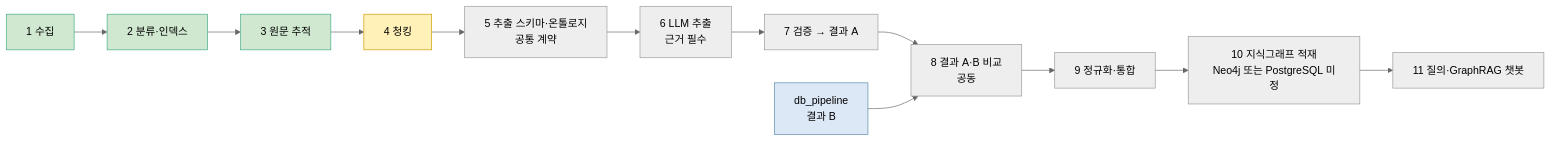
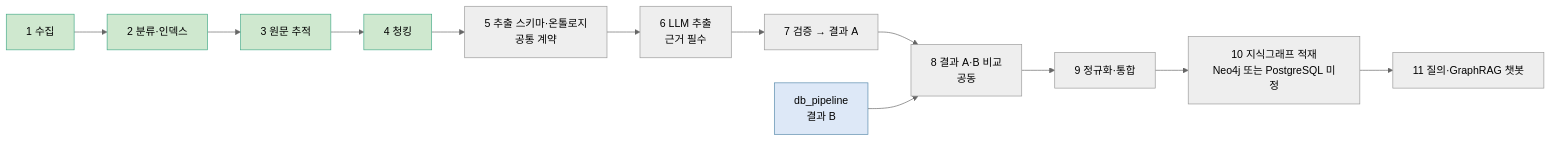
Before and after one commit to encore-ai-campus/mle-02-p2-team3: the second of 3 diagrams in docs/프로젝트-지도.md, drawn with Mermaid (neutral theme). The commit also changed other lines of this file and 9 other files, not shown here.

````diff
--- a/docs/프로젝트-지도.md
+++ b/docs/프로젝트-지도.md
@@ -29,19 +29,18 @@
 ```mermaid
 flowchart LR
     A[1 수집] --> B[2 분류·인덱스] --> C[3 원문 추적] --> D[4 청킹]
     D --> O[5 추출 스키마·온톨로지<br/>공통 계약]
     O --> E[6 LLM 추출<br/>근거 필수]
     E --> F[7 검증 → 결과 A]
     F --> CMP[8 결과 A·B 비교<br/>공동]
     DBP[db_pipeline<br/>결과 B]:::other --> CMP
     CMP --> N[9 정규화·통합]
     N --> KG[10 지식그래프 적재<br/>Neo4j 또는 PostgreSQL 미정]
     KG --> Q[11 질의·GraphRAG 챗봇]
     classDef done fill:#cfe8cf,stroke:#4a8
     classDef doing fill:#fff1b8,stroke:#c90
     classDef todo fill:#eee,stroke:#999
     classDef other fill:#dde8f7,stroke:#58a
-    class A,B,C done
-    class D doing
+    class A,B,C,D done
     class O,E,F,CMP,N,KG,Q todo
 ```
````
